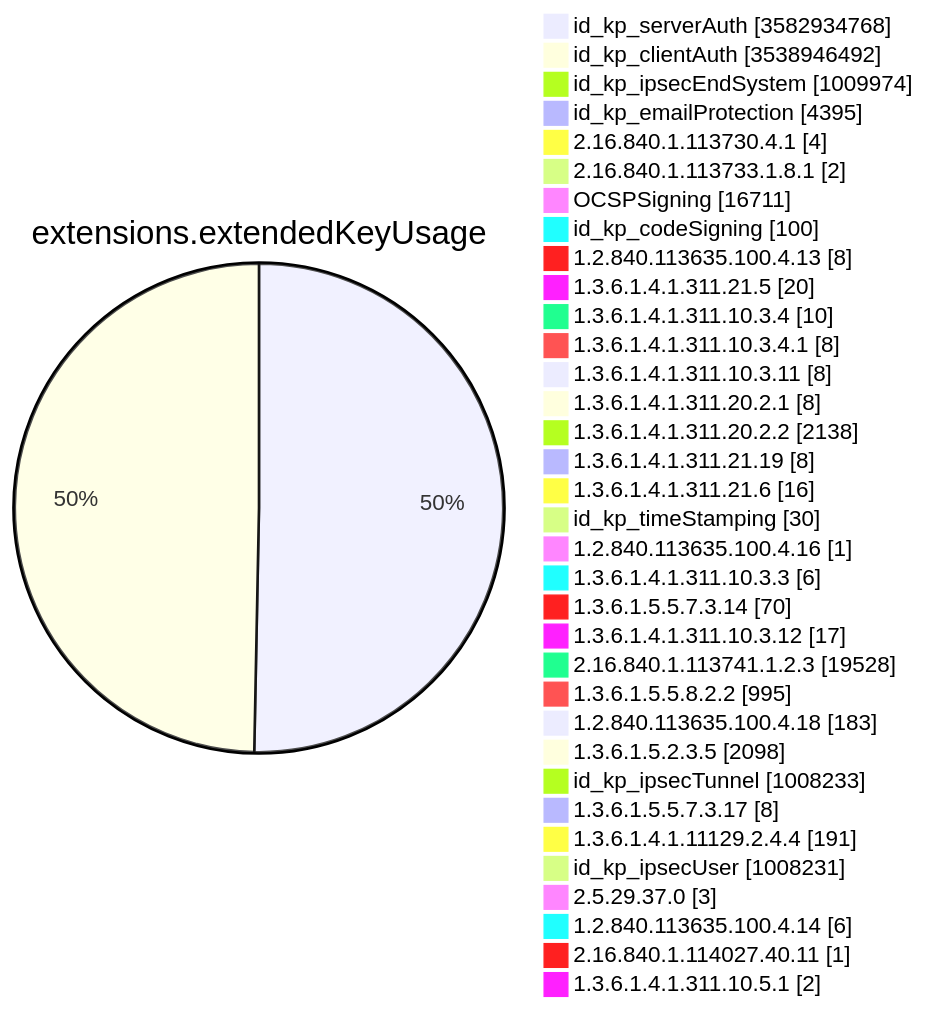
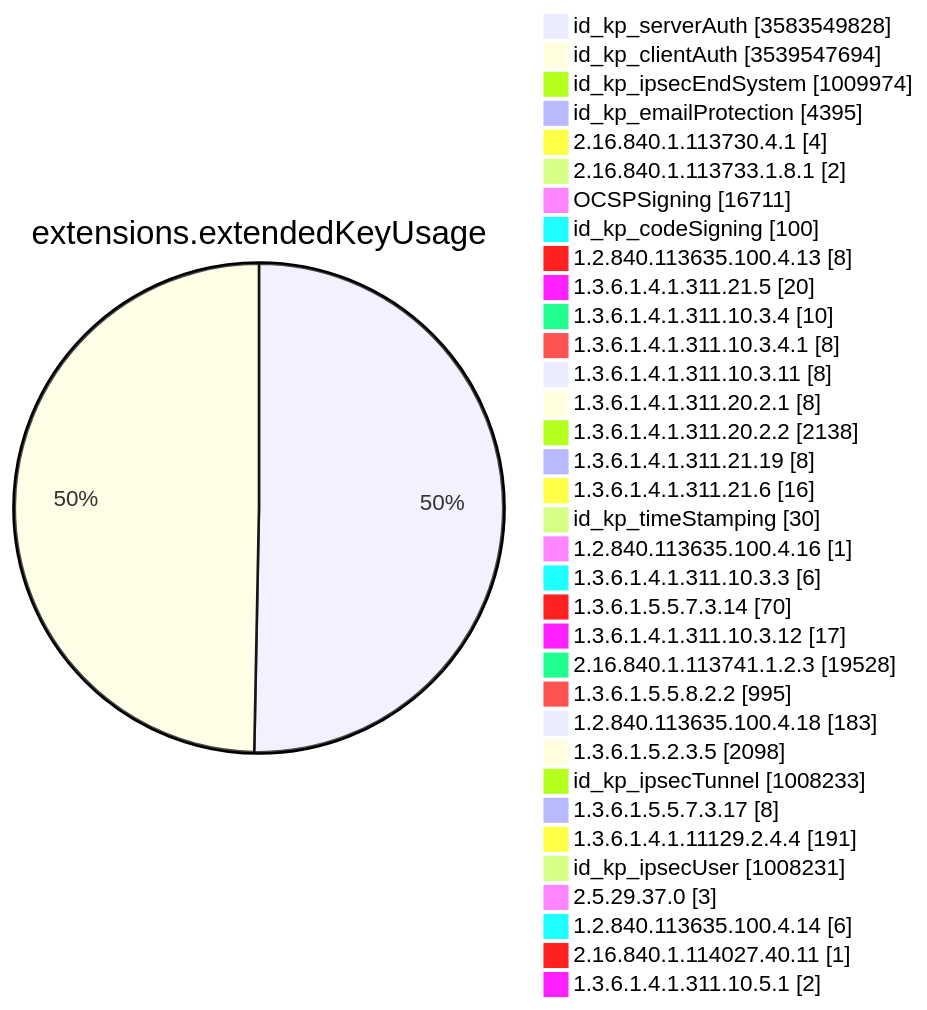
One commit to christiankrug/ctmonitor_visualization changed diagram 11 of 15 in TOTAL/README.md. Above: the diagram before and after it, drawn with Mermaid. The commit also changed other lines of this file, not shown here.

````diff
--- a/TOTAL/README.md
+++ b/TOTAL/README.md
@@ -4128,38 +4128,38 @@
 ```mermaid
 pie showData
 title extensions.extendedKeyUsage
-"id_kp_serverAuth" :3582934768
-"id_kp_clientAuth" :3538946492
+"id_kp_serverAuth" :3583549828
+"id_kp_clientAuth" :3539547694
 "id_kp_ipsecEndSystem" :1009974
 "id_kp_emailProtection" :4395
 "2.16.840.1.113730.4.1" :4
 "2.16.840.1.113733.1.8.1" :2
 "OCSPSigning" :16711
 "id_kp_codeSigning" :100
 "1.2.840.113635.100.4.13" :8
 "1.3.6.1.4.1.311.21.5" :20
 "1.3.6.1.4.1.311.10.3.4" :10
 "1.3.6.1.4.1.311.10.3.4.1" :8
 "1.3.6.1.4.1.311.10.3.11" :8
 "1.3.6.1.4.1.311.20.2.1" :8
 "1.3.6.1.4.1.311.20.2.2" :2138
 "1.3.6.1.4.1.311.21.19" :8
 "1.3.6.1.4.1.311.21.6" :16
 "id_kp_timeStamping" :30
 "1.2.840.113635.100.4.16" :1
 "1.3.6.1.4.1.311.10.3.3" :6
 "1.3.6.1.5.5.7.3.14" :70
 "1.3.6.1.4.1.311.10.3.12" :17
 "2.16.840.1.113741.1.2.3" :19528
 "1.3.6.1.5.5.8.2.2" :995
 "1.2.840.113635.100.4.18" :183
 "1.3.6.1.5.2.3.5" :2098
 "id_kp_ipsecTunnel" :1008233
 "1.3.6.1.5.5.7.3.17" :8
 "1.3.6.1.4.1.11129.2.4.4" :191
 "id_kp_ipsecUser" :1008231
 "2.5.29.37.0" :3
 "1.2.840.113635.100.4.14" :6
 "2.16.840.1.114027.40.11" :1
 "1.3.6.1.4.1.311.10.5.1" :2
 ```
````
